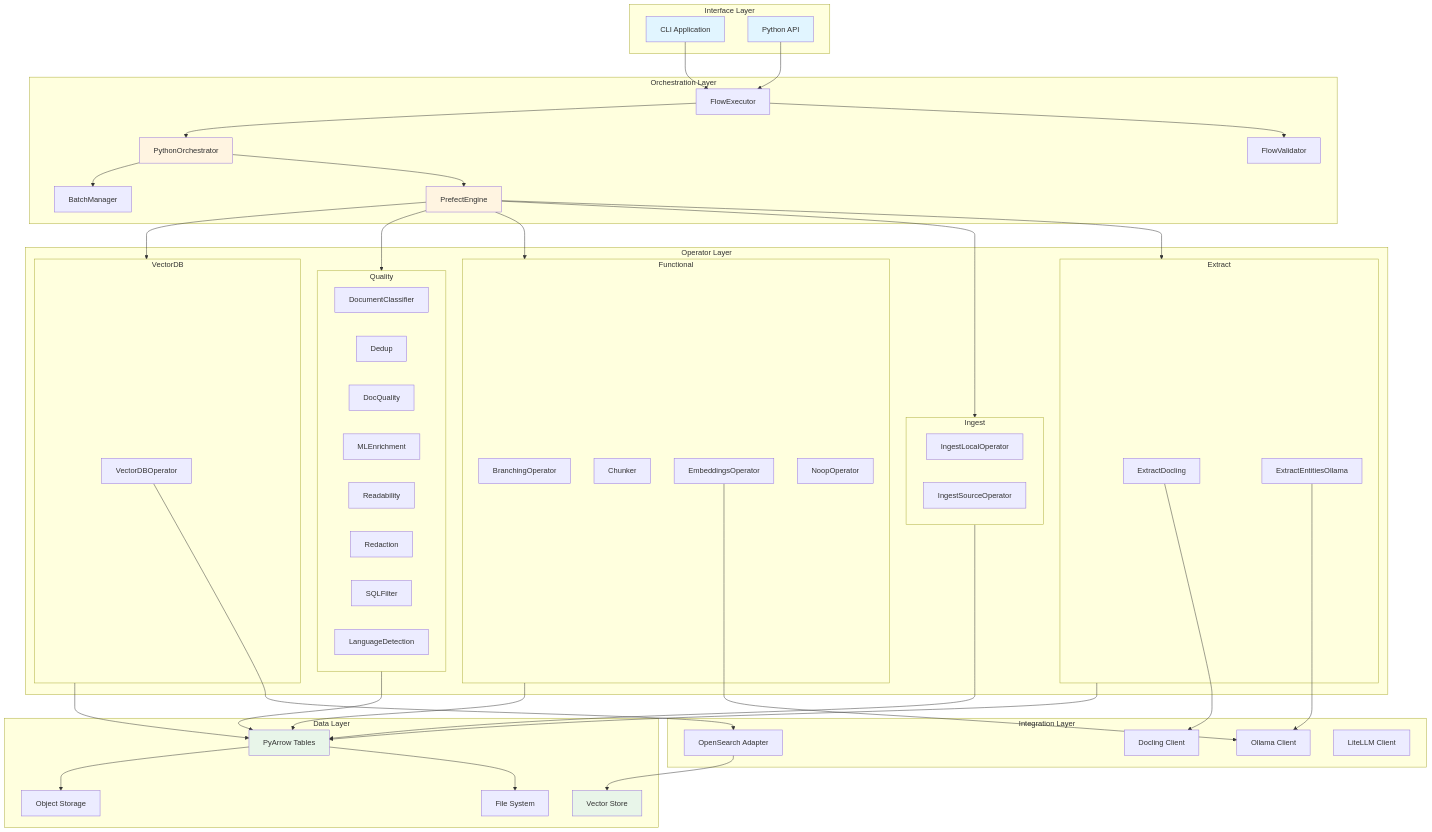
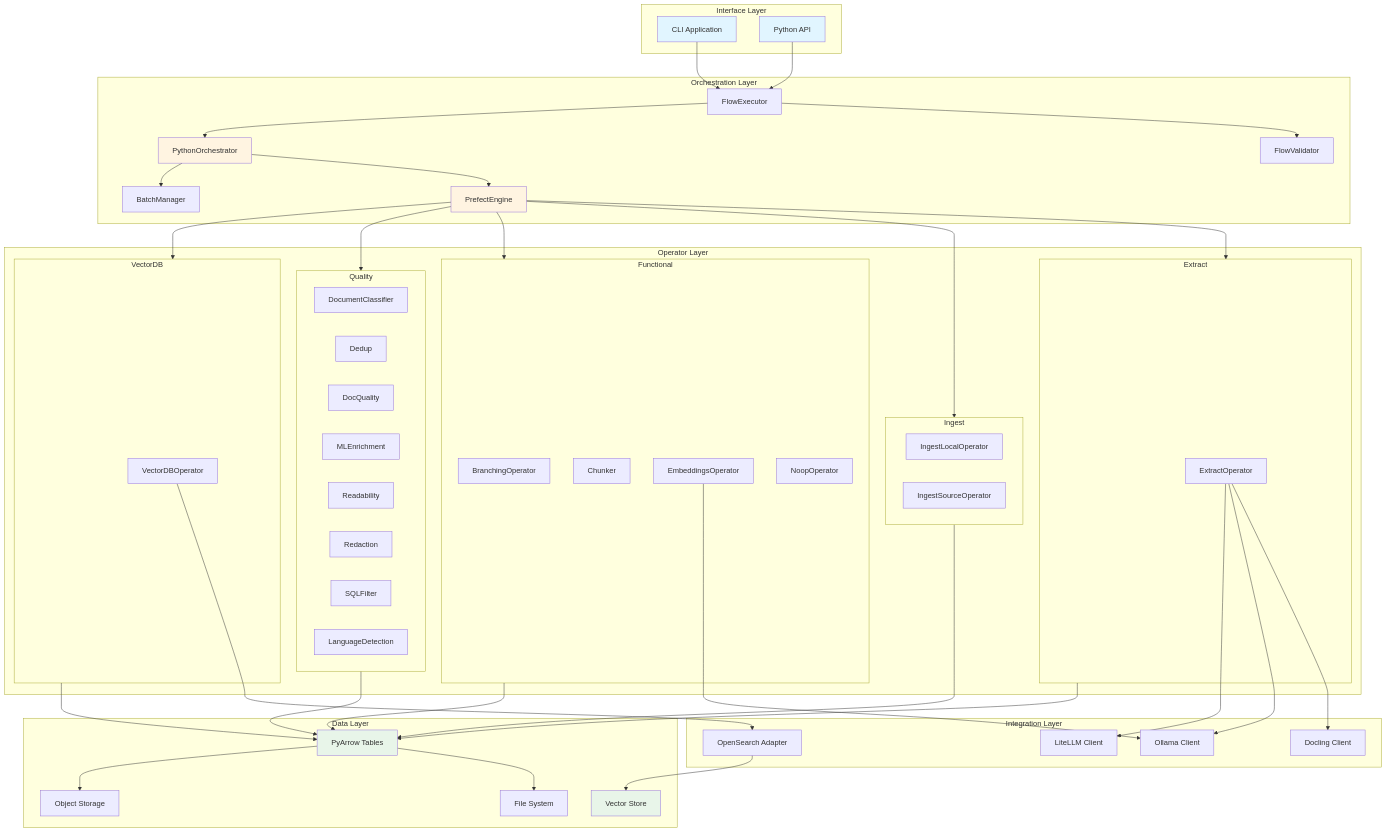
Before and after one commit to anupvarma007-ui/datasift-opensource: the first of 27 diagrams in ARCHITECTURE.md, drawn with Mermaid. The commit also changed other lines of this file and 20 other files, not shown here.

First line of the commit message:
Add LiteLLM support for entity extraction in ExtractOperator (#257)

```diff
--- a/ARCHITECTURE.md
+++ b/ARCHITECTURE.md
@@ -85,8 +85,7 @@
 
     subgraph "Operator Layer"
         subgraph "Extract"
-            ED[ExtractDocling]
-            EE[ExtractEntitiesOllama]
+            EXT[ExtractOperator]
         end
         subgraph "Ingest"
             ILO[IngestLocalOperator]
@@ -138,9 +137,10 @@
     PE --> Functional
     PE --> Quality
     PE --> VectorDB
-
-    ED --> DOC
-    EE --> OLL
+    
+    EXT --> DOC
+    EXT --> OLL
+    EXT --> LLM
     EMB --> OLL
     VDB --> OS
 
```
